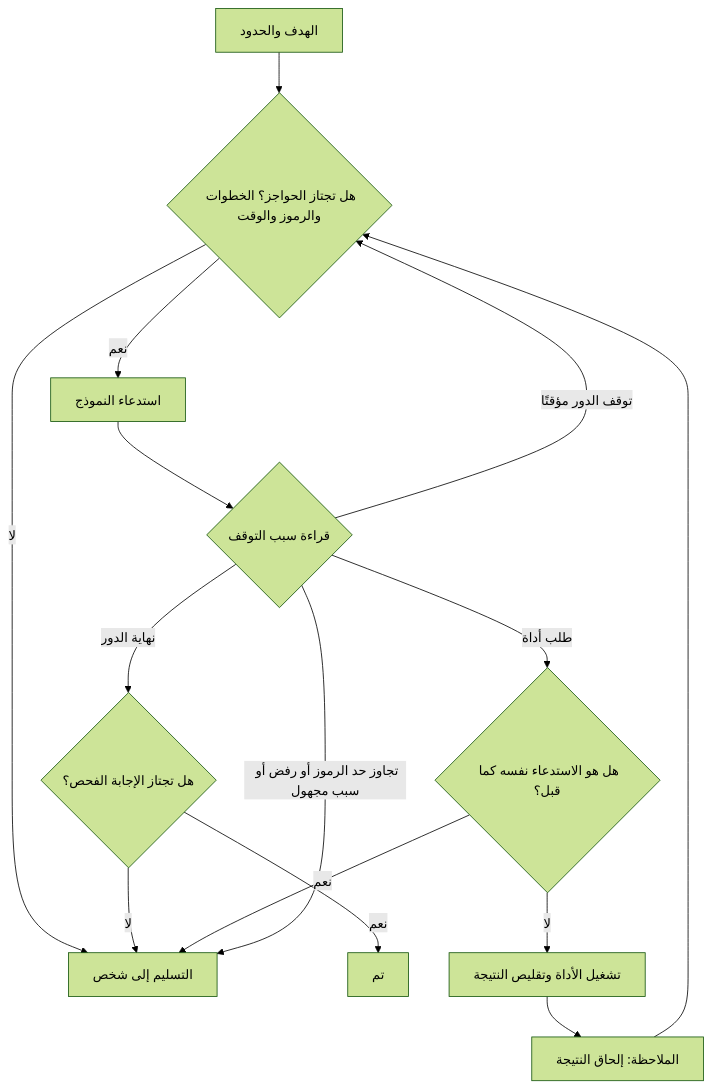
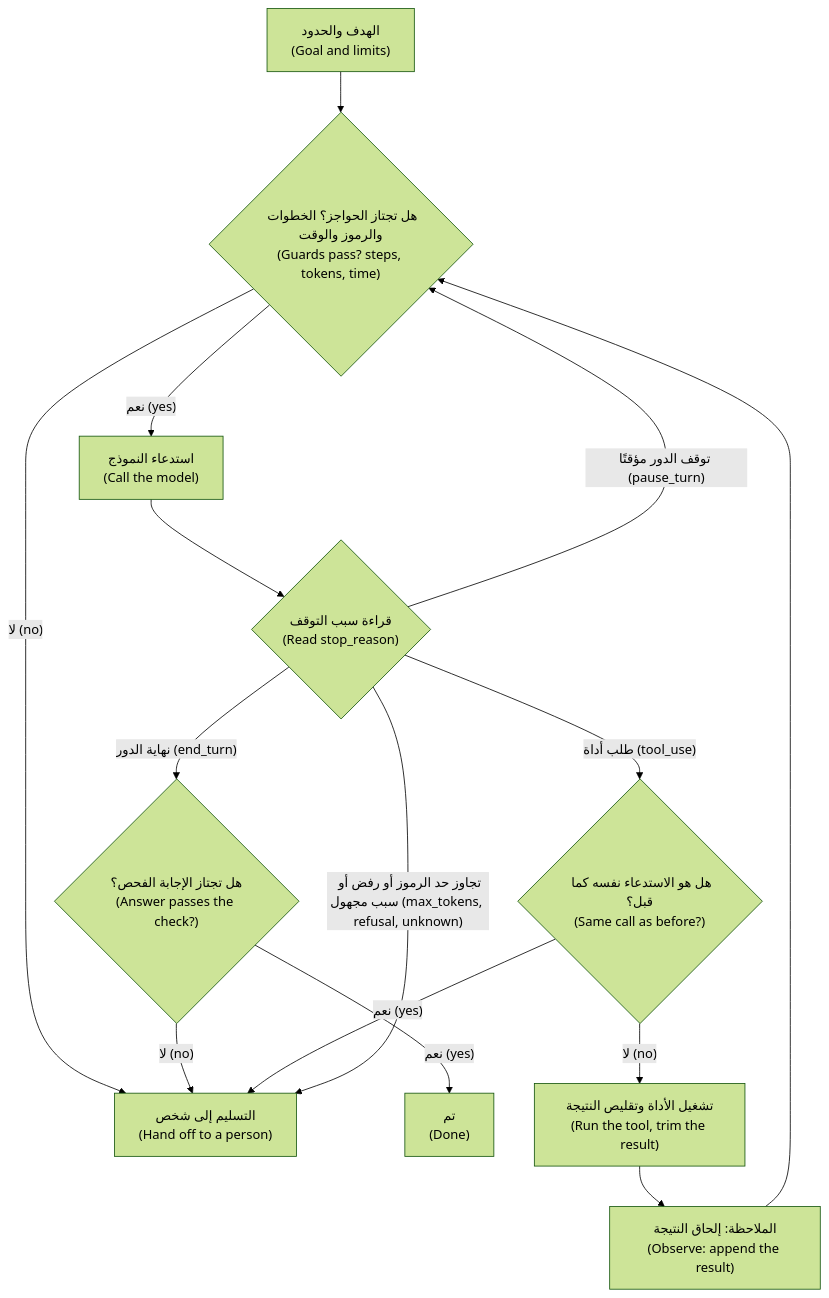
One commit to Tamoura/system-design-for-vibe-coders changed the diagram in aiapps/modules/08-agent-loop.ar.md. Above: the diagram before and after it, drawn with Mermaid (forest theme). The commit also changed 17 other files, not shown here.

First line of the commit message:
AI applications & agents: Arabic edition complete (RTL diagrams, diagram glosses, translated 60-question exam)

````diff
--- a/aiapps/modules/08-agent-loop.ar.md
+++ b/aiapps/modules/08-agent-loop.ar.md
@@ -31,17 +31,17 @@
 ```mermaid
 flowchart TD
-    G["الهدف والحدود"] --> C{"هل تجتاز الحواجز؟ الخطوات والرموز والوقت"}
-    C -->|"لا"| H["التسليم إلى شخص"]
-    C -->|"نعم"| M["استدعاء النموذج"]
-    M --> R{"قراءة سبب التوقف"}
-    R -->|"نهاية الدور"| V{"هل تجتاز الإجابة الفحص؟"}
-    V -->|"نعم"| D["تم"]
-    V -->|"لا"| H
-    R -->|"طلب أداة"| N{"هل هو الاستدعاء نفسه كما قبل؟"}
-    N -->|"نعم"| H
-    N -->|"لا"| T["تشغيل الأداة وتقليص النتيجة"]
-    T --> O["الملاحظة: إلحاق النتيجة"]
+    G["الهدف والحدود<br/>(Goal and limits)"] --> C{"هل تجتاز الحواجز؟ الخطوات والرموز والوقت<br/>(Guards pass? steps, tokens, time)"}
+    C -->|"لا (no)"| H["التسليم إلى شخص<br/>(Hand off to a person)"]
+    C -->|"نعم (yes)"| M["استدعاء النموذج<br/>(Call the model)"]
+    M --> R{"قراءة سبب التوقف<br/>(Read stop_reason)"}
+    R -->|"نهاية الدور (end_turn)"| V{"هل تجتاز الإجابة الفحص؟<br/>(Answer passes the check?)"}
+    V -->|"نعم (yes)"| D["تم<br/>(Done)"]
+    V -->|"لا (no)"| H
+    R -->|"طلب أداة (tool_use)"| N{"هل هو الاستدعاء نفسه كما قبل؟<br/>(Same call as before?)"}
+    N -->|"نعم (yes)"| H
+    N -->|"لا (no)"| T["تشغيل الأداة وتقليص النتيجة<br/>(Run the tool, trim the result)"]
+    T --> O["الملاحظة: إلحاق النتيجة<br/>(Observe: append the result)"]
     O --> C
-    R -->|"توقف الدور مؤقتًا"| C
-    R -->|"تجاوز حد الرموز أو رفض أو سبب مجهول"| H
+    R -->|"توقف الدور مؤقتًا (pause_turn)"| C
+    R -->|"تجاوز حد الرموز أو رفض أو سبب مجهول (max_tokens, refusal, unknown)"| H
 ```
````
